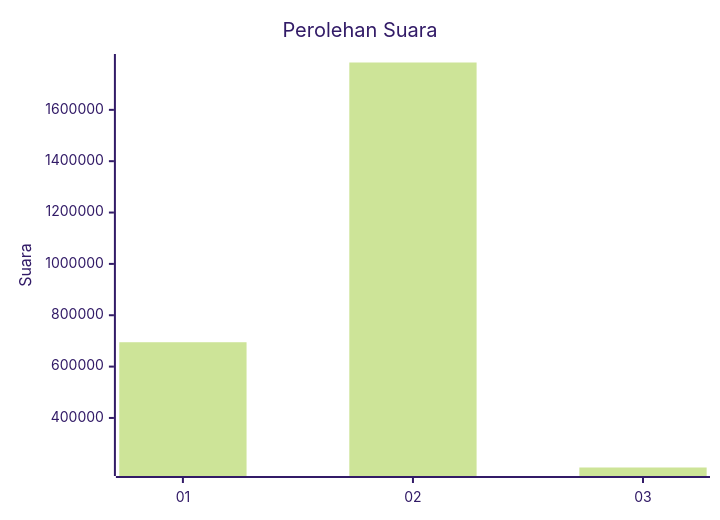
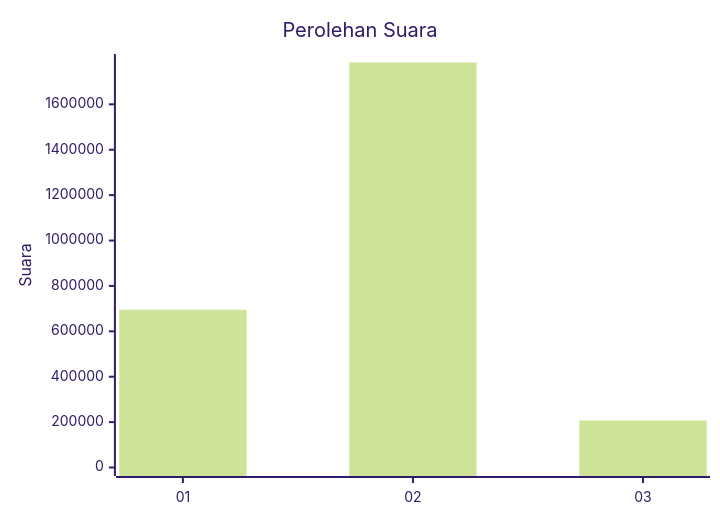
One commit to gigit-pemilu/pemilu-2024 changed the first of 2 diagrams in pilpres/hitung-suara/sub/table-wilayah-52.md. Above: the diagram before and after it, drawn with Mermaid (forest theme). The commit also changed 42 other files, not shown here.

````diff
--- a/pilpres/hitung-suara/sub/table-wilayah-52.md
+++ b/pilpres/hitung-suara/sub/table-wilayah-52.md
@@ -7,7 +7,7 @@
 ```mermaid
 xychart-beta
     title "Perolehan Suara"
     x-axis [01, 02, 03]
-    y-axis "Suara"
+    y-axis "Suara" 0 --> 1784380
     bar [694882, 1784380, 207011]
 ```
````
